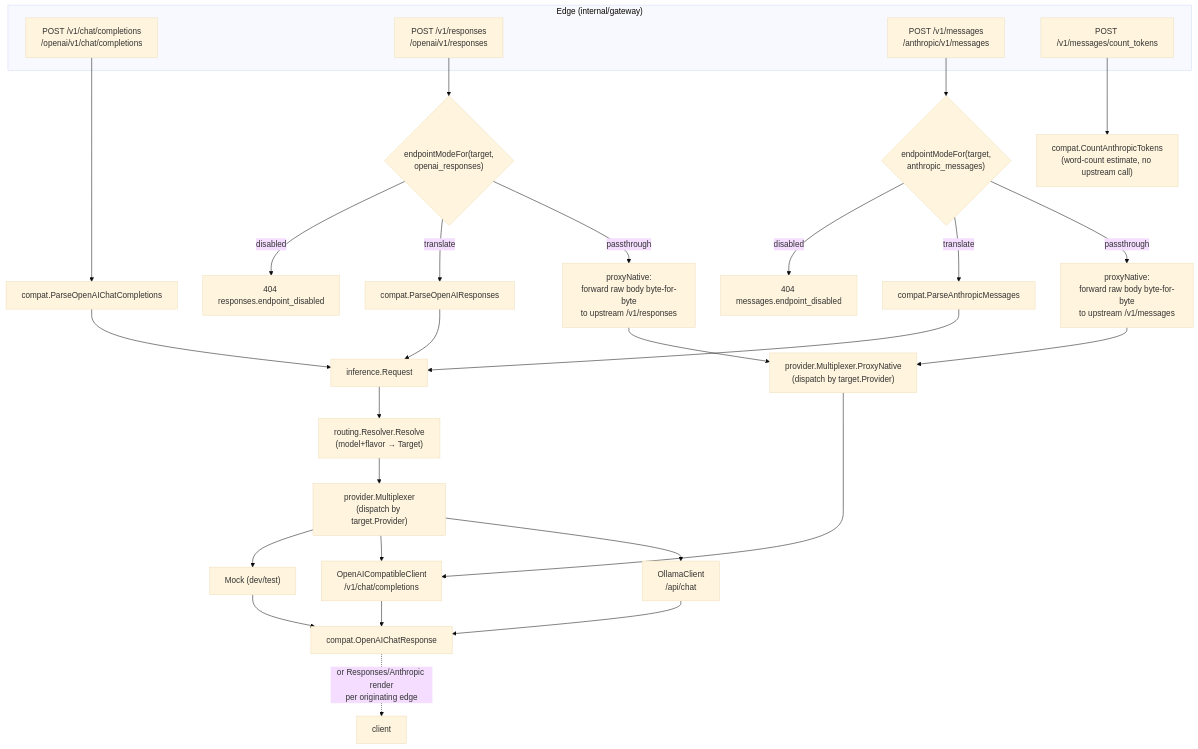
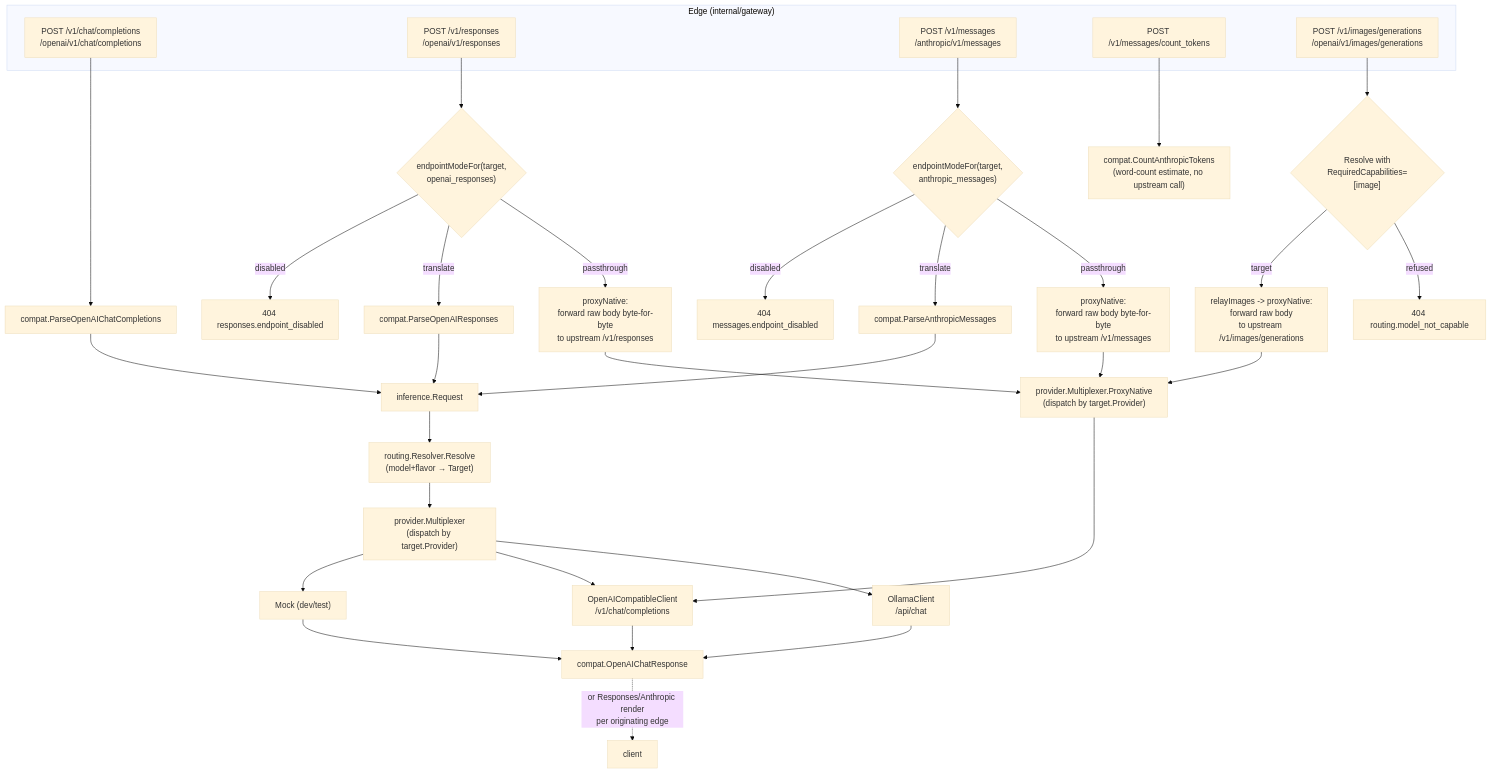
The first of 2 diagrams in docs/architecture/cross-cutting/compatibility-and-inference.md (JLor08/op-ai-gateway), drawn with Mermaid (base theme) before and after one commit. The commit also changed other lines of this file and 36 other files, not shown here.

First line of the commit message:
feat: Serve POST /v1/images/generations behind the first excluding capability gate (#71) (#123)

````diff
--- a/docs/architecture/cross-cutting/compatibility-and-inference.md
+++ b/docs/architecture/cross-cutting/compatibility-and-inference.md
@@ -48,40 +48,45 @@
 ```mermaid
 flowchart TD
     subgraph Edges["Edge (internal/gateway)"]
         Chat["POST /v1/chat/completions\n/openai/v1/chat/completions"]
         Resp["POST /v1/responses\n/openai/v1/responses"]
         Msg["POST /v1/messages\n/anthropic/v1/messages"]
         CT["POST /v1/messages/count_tokens"]
+        Img["POST /v1/images/generations\n/openai/v1/images/generations"]
     end
 
     Chat --> ParseChat["compat.ParseOpenAIChatCompletions"]
     Resp --> NativeGate{"endpointModeFor(target,\nopenai_responses)"}
     Msg --> NativeGate2{"endpointModeFor(target,\nanthropic_messages)"}
     CT --> CountTok["compat.CountAnthropicTokens\n(word-count estimate, no upstream call)"]
+    Img --> CapGate{"Resolve with\nRequiredCapabilities=[image]"}
+    CapGate -->|refused| Reject3["404 routing.model_not_capable"]
+    CapGate -->|target| Native3["relayImages -> proxyNative:\nforward raw body\nto upstream /v1/images/generations"]
 
     NativeGate -->|passthrough| Native["proxyNative:\nforward raw body byte-for-byte\nto upstream /v1/responses"]
     NativeGate -->|translate| ParseResp["compat.ParseOpenAIResponses"]
     NativeGate -->|disabled| Reject1["404 responses.endpoint_disabled"]
     NativeGate2 -->|passthrough| Native2["proxyNative:\nforward raw body byte-for-byte\nto upstream /v1/messages"]
     NativeGate2 -->|translate| ParseMsg["compat.ParseAnthropicMessages"]
     NativeGate2 -->|disabled| Reject2["404 messages.endpoint_disabled"]
 
     ParseChat --> Req["inference.Request"]
     ParseResp --> Req
     ParseMsg --> Req
 
     Req --> Resolve["routing.Resolver.Resolve\n(model+flavor → Target)"]
     Resolve --> Mux["provider.Multiplexer\n(dispatch by target.Provider)"]
     Native --> ProxyMux["provider.Multiplexer.ProxyNative\n(dispatch by target.Provider)"]
     Native2 --> ProxyMux
+    Native3 --> ProxyMux
 
     Mux --> Ollama["OllamaClient\n/api/chat"]
     Mux --> OAIC["OpenAICompatibleClient\n/v1/chat/completions"]
     Mux --> Mock["Mock (dev/test)"]
     ProxyMux --> OAIC
 
     Ollama --> RenderChat["compat.OpenAIChatResponse"]
     OAIC --> RenderChat
     Mock --> RenderChat
     RenderChat -.->|or Responses/Anthropic render\nper originating edge| Client["client"]
 ```
````
